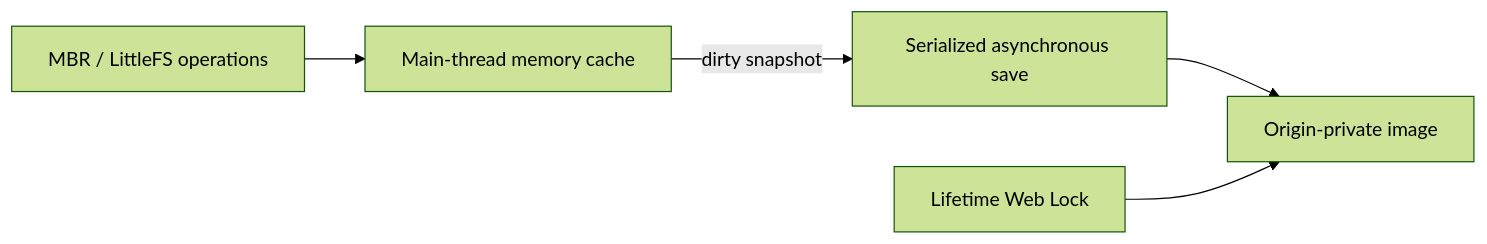
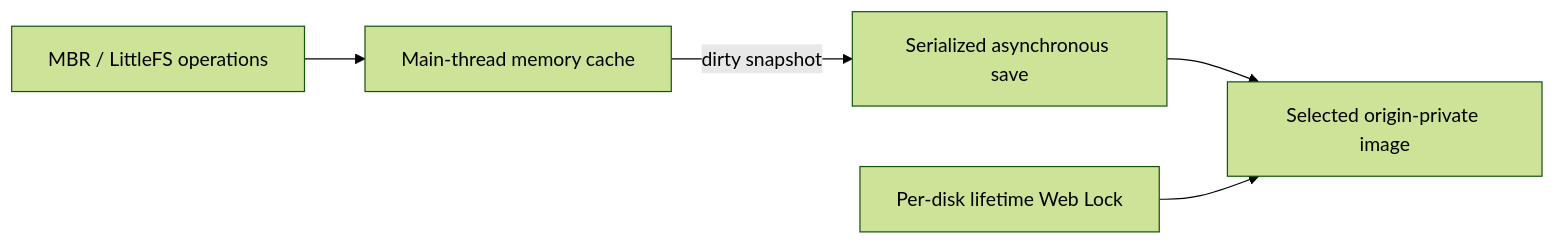
One commit to Xila-Project/Website changed the diagram in src/explanation/browser-storage.md. Above: the diagram before and after it, drawn with Mermaid (forest theme). The commit also changed other lines of this file and 12 other files, not shown here.

````diff
--- a/src/explanation/browser-storage.md
+++ b/src/explanation/browser-storage.md
@@ -23,7 +25,7 @@
 ```mermaid
 graph LR
     VFS[MBR / LittleFS operations] --> Cache[Main-thread memory cache]
     Cache -->|dirty snapshot| Save[Serialized asynchronous save]
-    Save --> OPFS[Origin-private image]
-    Lock[Lifetime Web Lock] --> OPFS
+    Save --> OPFS[Selected origin-private image]
+    Lock[Per-disk lifetime Web Lock] --> OPFS
 ```
````
